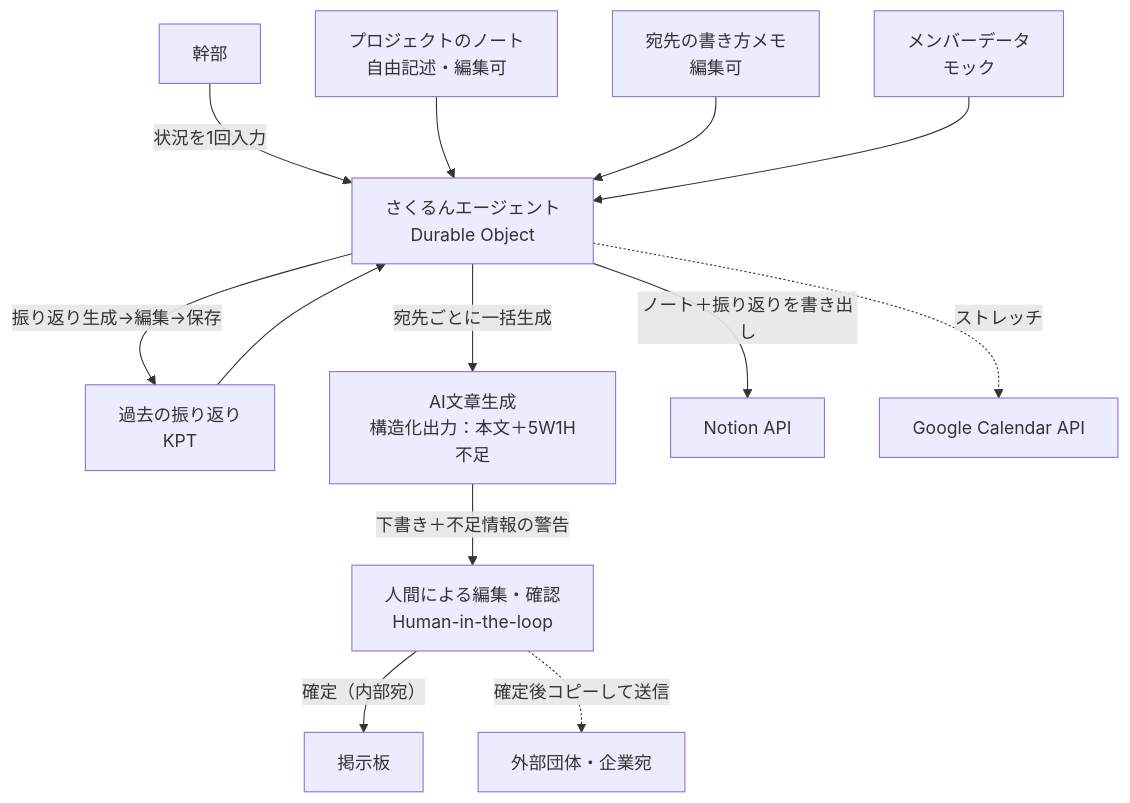
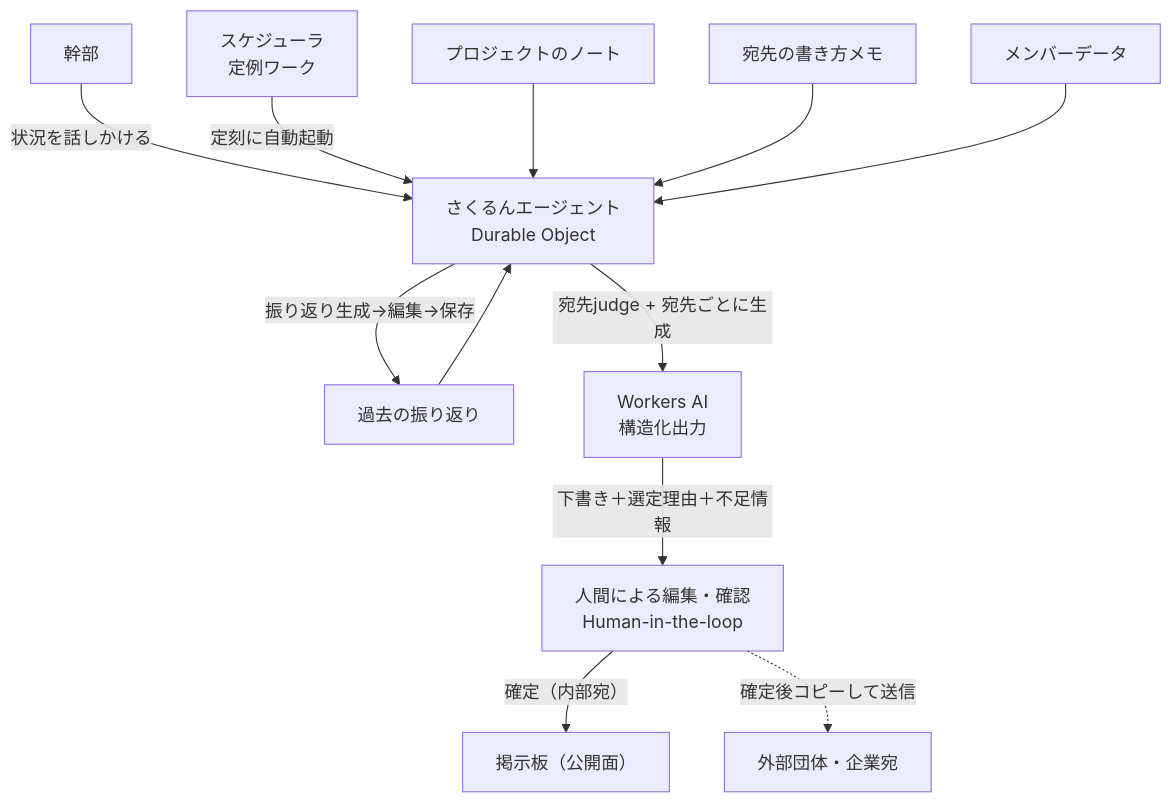
The diagram in docs/architecture.md (nepp-tumsat/FindyCampusHackathon2_Umitarou), drawn with Mermaid before and after one commit. The commit also changed other lines of this file and 12 other files, not shown here.

````diff
--- a/docs/architecture.md
+++ b/docs/architecture.md
@@ -63,15 +76,14 @@
 ```mermaid
 graph TD
-    User[幹部] -->|状況を1回入力| Sakurun[さくるんエージェント<br/>Durable Object]
-    Notes[プロジェクトのノート<br/>自由記述・編集可] --> Sakurun
-    Retro[過去の振り返り<br/>KPT] --> Sakurun
-    StyleNotes[宛先の書き方メモ<br/>編集可] --> Sakurun
-    MemberData[メンバーデータ<br/>モック] --> Sakurun
-    Sakurun -->|宛先ごとに一括生成| LLM[AI文章生成<br/>構造化出力：本文＋5W1H不足]
-    LLM -->|下書き＋不足情報の警告| Review[人間による編集・確認<br/>Human-in-the-loop]
-    Review -->|確定（内部宛）| Board[掲示板]
+    User[幹部] -->|状況を話しかける| Sakurun[さくるんエージェント<br/>Durable Object]
+    Cron[スケジューラ<br/>定例ワーク] -->|定刻に自動起動| Sakurun
+    Notes[プロジェクトのノート] --> Sakurun
+    Retro[過去の振り返り] --> Sakurun
+    StyleNotes[宛先の書き方メモ] --> Sakurun
+    MemberData[メンバーデータ] --> Sakurun
+    Sakurun -->|宛先judge + 宛先ごとに生成| LLM[Workers AI<br/>構造化出力]
+    LLM -->|下書き＋選定理由＋不足情報| Review[人間による編集・確認<br/>Human-in-the-loop]
+    Review -->|確定（内部宛）| Board[掲示板（公開面）]
     Review -.確定後コピーして送信.-> External[外部団体・企業宛]
     Sakurun -->|振り返り生成→編集→保存| Retro
-    Sakurun -->|ノート＋振り返りを書き出し| Notion[Notion API]
-    Sakurun -.ストレッチ.-> GCal[Google Calendar API]
 ```
````
